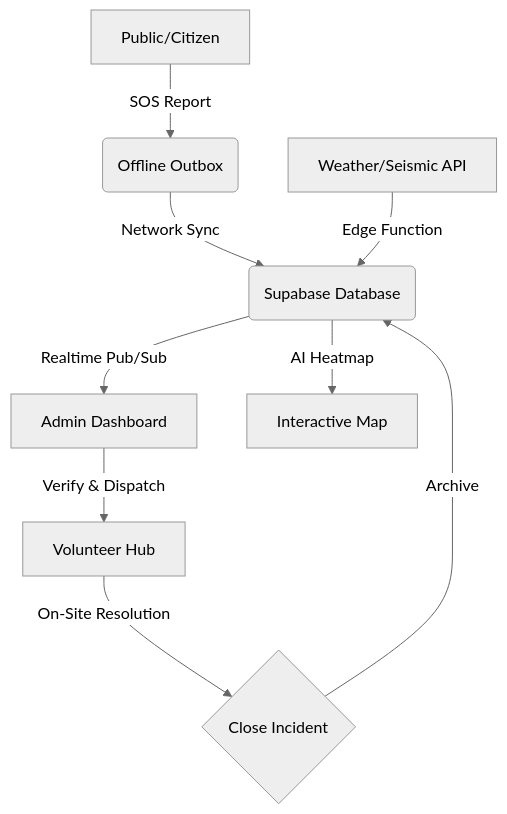
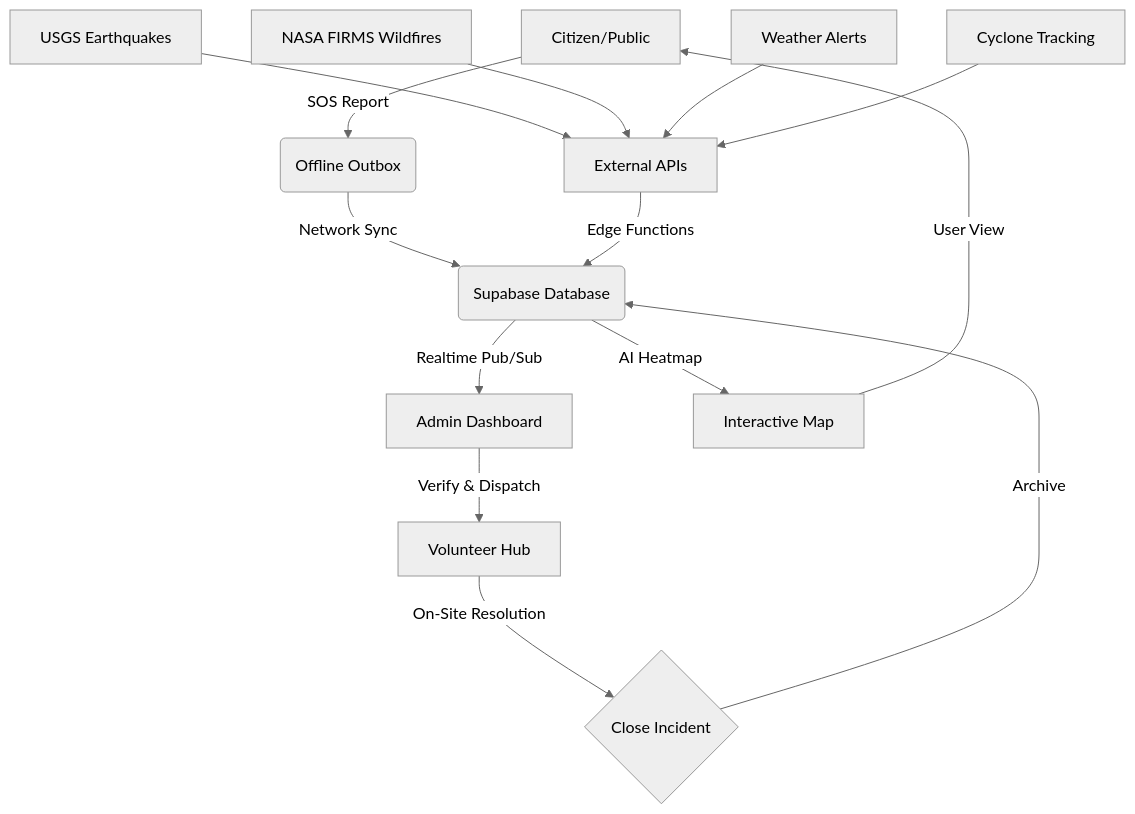
One commit to real-horizon02/ResQ-AI changed the diagram in README.md. Above: the diagram before and after it, drawn with Mermaid (neutral theme). The commit also changed other lines of this file and 32 other files, not shown here.

````diff
--- a/README.md
+++ b/README.md
@@ -144,11 +229,16 @@
 ```mermaid
 graph TD
-    A[Public/Citizen] -->|SOS Report| B(Offline Outbox)
+    A[Citizen/Public] -->|SOS Report| B(Offline Outbox)
     B -->|Network Sync| C(Supabase Database)
     C -->|Realtime Pub/Sub| D[Admin Dashboard]
     D -->|Verify & Dispatch| E[Volunteer Hub]
     E -->|On-Site Resolution| F{Close Incident}
     F -->|Archive| C
-    G[Weather/Seismic API] -->|Edge Function| C
+    G[External APIs] -->|Edge Functions| C
+    G1[USGS Earthquakes] --> G
+    G2[NASA FIRMS Wildfires] --> G
+    G3[Weather Alerts] --> G
+    G4[Cyclone Tracking] --> G
     C -->|AI Heatmap| H[Interactive Map]
+    H -->|User View| A
 ```
````
